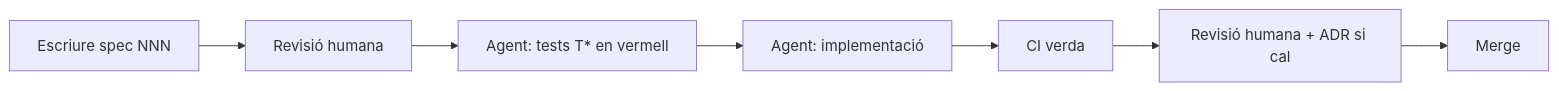
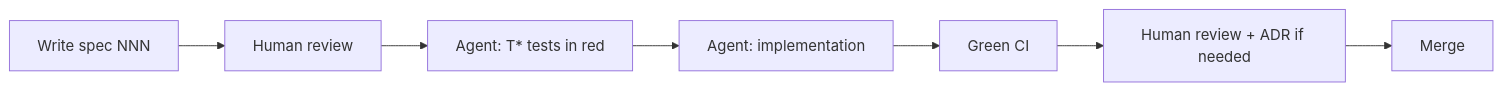
One commit to maarcv/privatechat changed the fourth of 4 diagrams in docs/spec.md. Above: the diagram before and after it, drawn with Mermaid. The commit also changed other lines of this file and 75 other files, not shown here.

````diff
--- a/docs/spec.md
+++ b/docs/spec.md
@@ -550,9 +551,9 @@
 ```mermaid
 flowchart LR
-    A[Escriure spec NNN] --> B[Revisió humana]
-    B --> C[Agent: tests T* en vermell]
-    C --> D[Agent: implementació]
-    D --> E[CI verda]
-    E --> F[Revisió humana + ADR si cal]
+    A[Write spec NNN] --> B[Human review]
+    B --> C[Agent: T* tests in red]
+    C --> D[Agent: implementation]
+    D --> E[Green CI]
+    E --> F[Human review + ADR if needed]
     F --> G[Merge]
 ```
````
